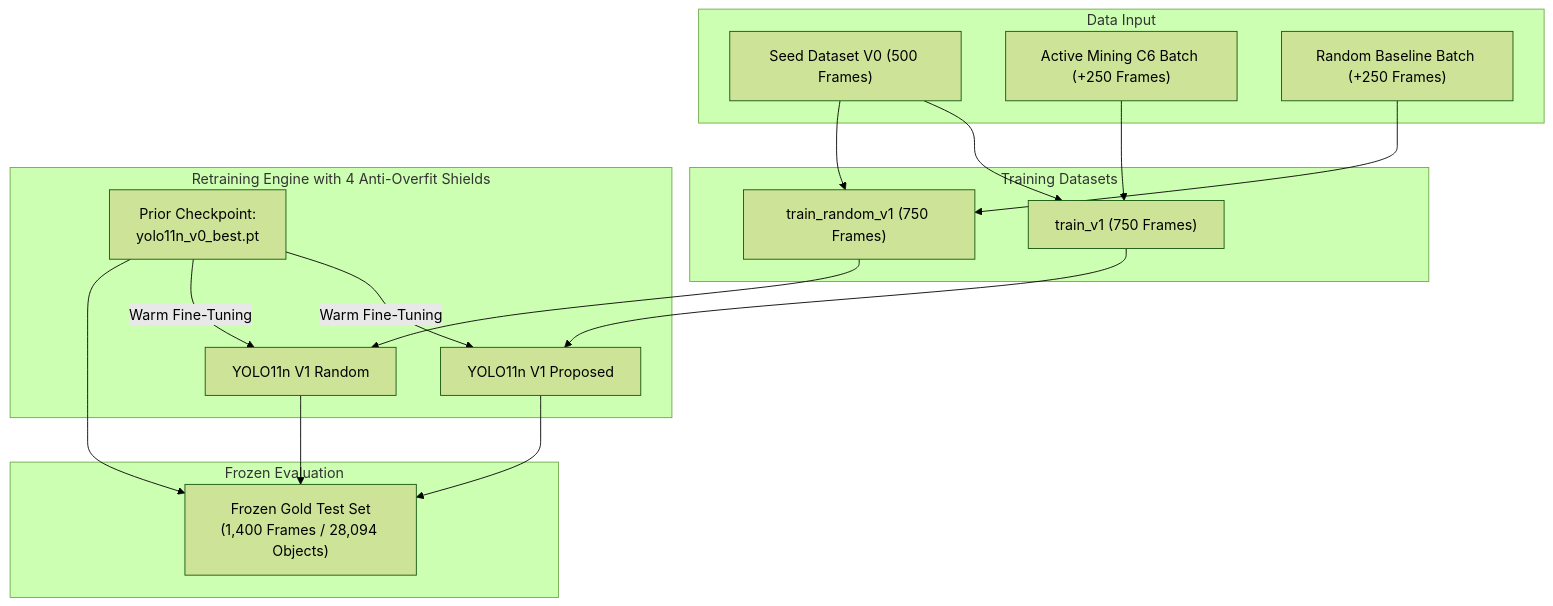
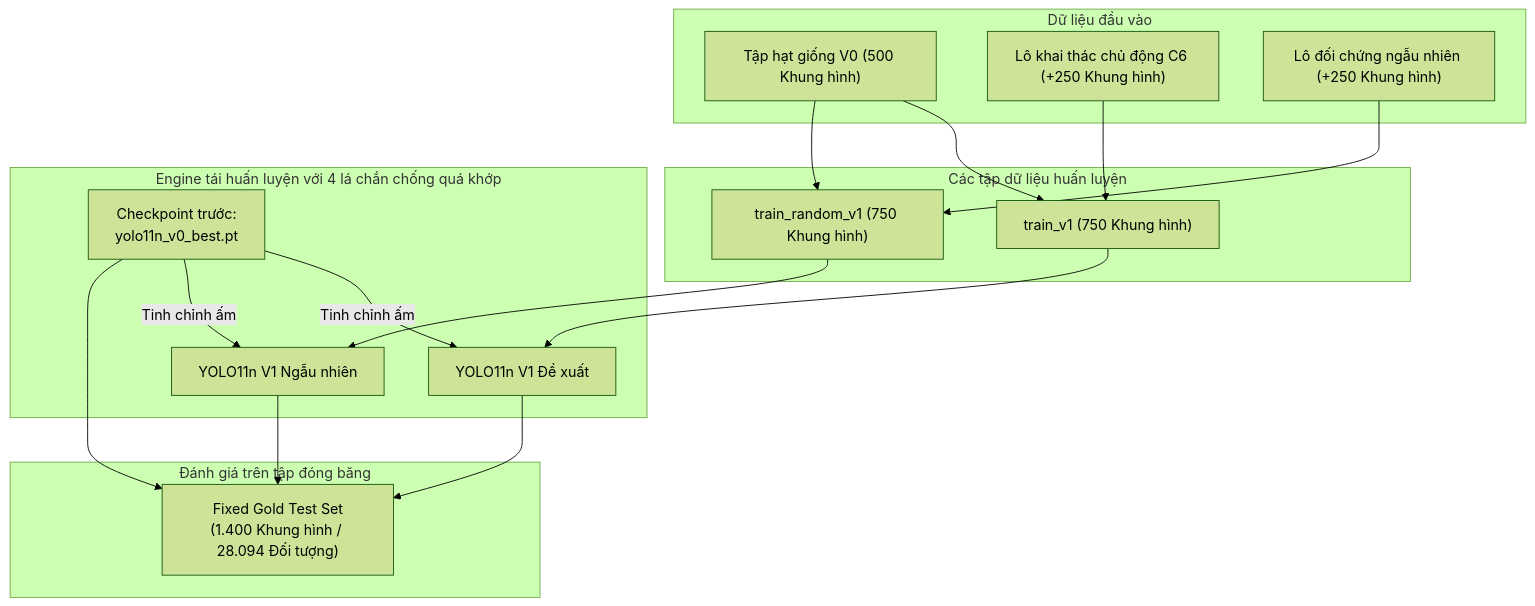
Before and after one commit to Wanlee199/bdd10k-hitl-simulator-web: the first of 2 diagrams in docs/experiments/06_retraining.md, drawn with Mermaid (forest theme). The commit also changed other lines of this file and 13 other files, not shown here.

Commit message:
docs: tái cấu trúc toàn diện README gốc, docs/README.md và chuẩn hóa hệ thống tài liệu kỹ thuật

````diff
--- a/docs/experiments/06_retraining.md
+++ b/docs/experiments/06_retraining.md
@@ -23,29 +23,29 @@
 ```mermaid
 flowchart TD
-    subgraph Data Input
-        S["Seed Dataset V0 (500 Frames)"]
-        A["Active Mining C6 Batch (+250 Frames)"]
-        R["Random Baseline Batch (+250 Frames)"]
+    subgraph Dữ liệu đầu vào
+        S["Tập hạt giống V0 (500 Khung hình)"]
+        A["Lô khai thác chủ động C6 (+250 Khung hình)"]
+        R["Lô đối chứng ngẫu nhiên (+250 Khung hình)"]
     end
 
-    subgraph Training Datasets
-        S & A --> D_act["train_v1 (750 Frames)"]
-        S & R --> D_rnd["train_random_v1 (750 Frames)"]
+    subgraph Các tập dữ liệu huấn luyện
+        S & A --> D_act["train_v1 (750 Khung hình)"]
+        S & R --> D_rnd["train_random_v1 (750 Khung hình)"]
     end
 
-    subgraph Retraining Engine with 4 Anti-Overfit Shields
-        Init["Prior Checkpoint:<br>yolo11n_v0_best.pt"]
-        Init -->|Warm Fine-Tuning| E1["YOLO11n V1 Proposed"]
-        Init -->|Warm Fine-Tuning| E2["YOLO11n V1 Random"]
+    subgraph Engine tái huấn luyện với 4 lá chắn chống quá khớp
+        Init["Checkpoint trước:<br>yolo11n_v0_best.pt"]
+        Init -->|Tinh chỉnh ấm| E1["YOLO11n V1 Đề xuất"]
+        Init -->|Tinh chỉnh ấm| E2["YOLO11n V1 Ngẫu nhiên"]
     end
 
-    subgraph Frozen Evaluation
-        GoldTest["Frozen Gold Test Set<br>(1,400 Frames / 28,094 Objects)"]
+    subgraph Đánh giá trên tập đóng băng
+        GoldTest["Fixed Gold Test Set<br>(1.400 Khung hình / 28.094 Đối tượng)"]
         E1 --> GoldTest
         E2 --> GoldTest
         Init --> GoldTest
     end
 
     D_act --> E1
     D_rnd --> E2
 ```
````
